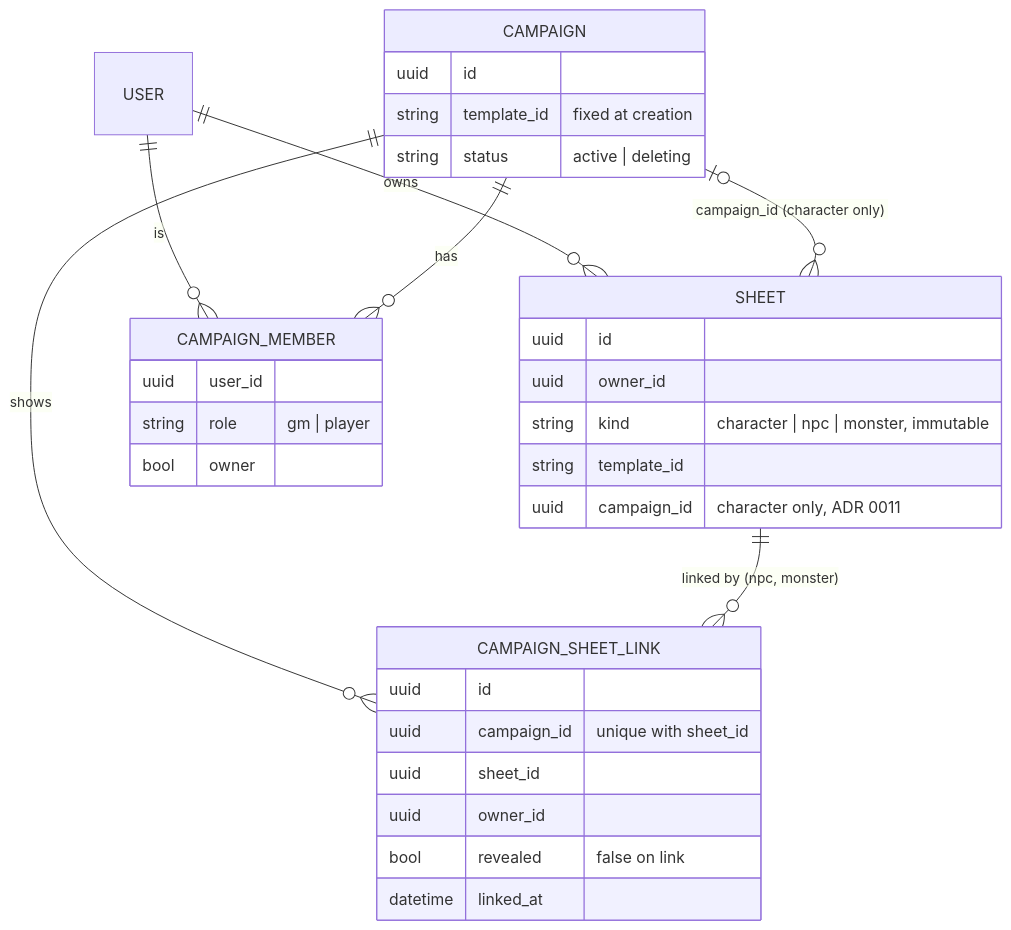
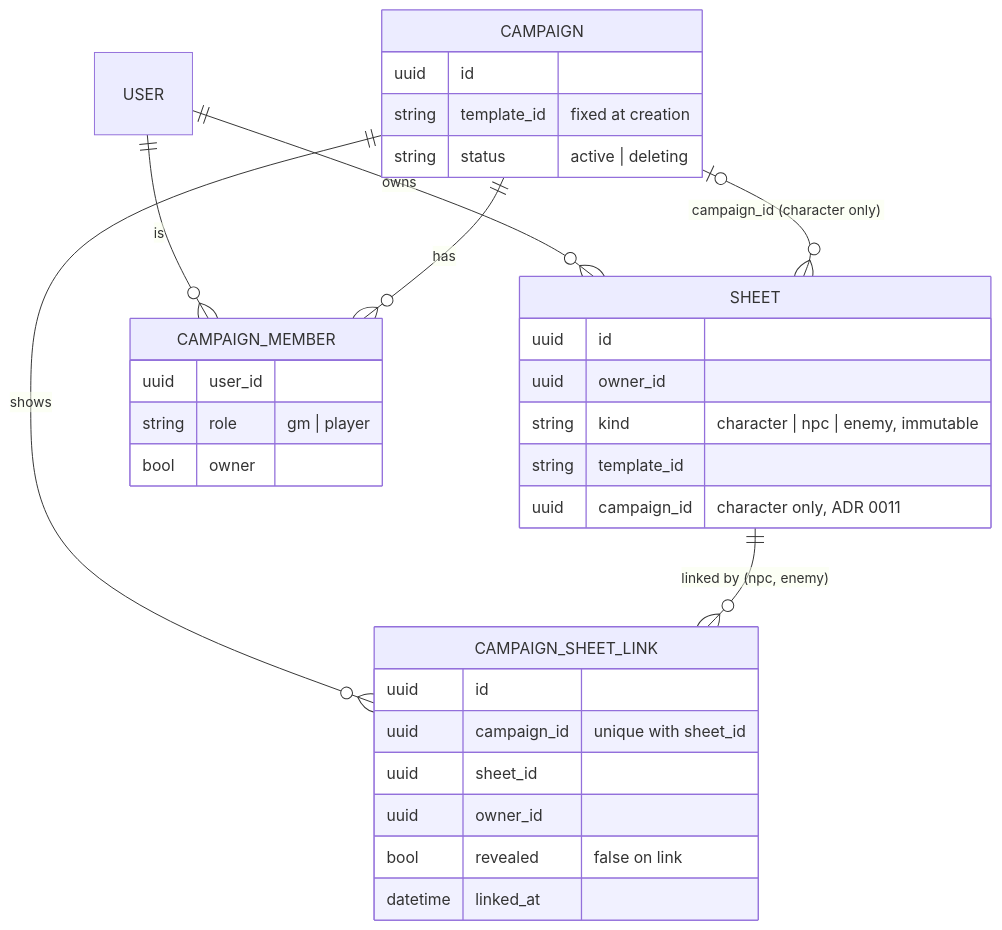
Before and after one commit to paulo-valleriote/legnaris: the first of 8 diagrams in docs/adr/0012-npc-and-monster-campaign-links-and-reveal.md, drawn with Mermaid. The commit also changed other lines of this file and 21 other files, not shown here.

Commit message:
[LGN-237] Rename the Monster Sheet kind to Enemy in the web and docs

````diff
--- a/docs/adr/0012-npc-and-monster-campaign-links-and-reveal.md
+++ b/docs/adr/0012-npc-and-monster-campaign-links-and-reveal.md
@@ -80,34 +82,34 @@
 ```mermaid
 erDiagram
   USER ||--o{ SHEET : owns
   USER ||--o{ CAMPAIGN_MEMBER : "is"
   CAMPAIGN ||--o{ CAMPAIGN_MEMBER : has
   CAMPAIGN ||--o{ CAMPAIGN_SHEET_LINK : shows
-  SHEET ||--o{ CAMPAIGN_SHEET_LINK : "linked by (npc, monster)"
+  SHEET ||--o{ CAMPAIGN_SHEET_LINK : "linked by (npc, enemy)"
   CAMPAIGN |o--o{ SHEET : "campaign_id (character only)"
   SHEET {
     uuid id
     uuid owner_id
-    string kind "character | npc | monster, immutable"
+    string kind "character | npc | enemy, immutable"
     string template_id
     uuid campaign_id "character only, ADR 0011"
   }
   CAMPAIGN {
     uuid id
     string template_id "fixed at creation"
     string status "active | deleting"
   }
   CAMPAIGN_MEMBER {
     uuid user_id
     string role "gm | player"
     bool owner
   }
   CAMPAIGN_SHEET_LINK {
     uuid id
     uuid campaign_id "unique with sheet_id"
     uuid sheet_id
     uuid owner_id
     bool revealed "false on link"
     datetime linked_at
   }
 ```
````
